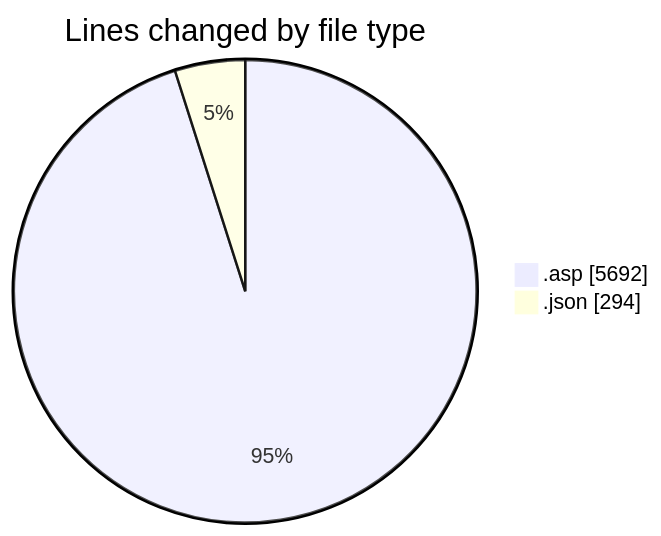
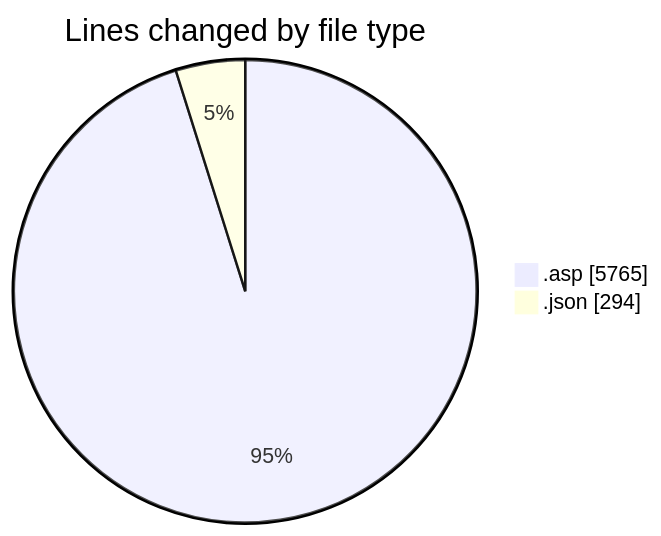
Before and after one commit to julien-gomy/code-tracking: the first of 2 diagrams in 2025-10-27/usr_aleoudev_fr__workspace_/README.md, drawn with Mermaid. The commit also changed other lines of this file and 1 other file, not shown here.

````diff
--- a/2025-10-27/usr_aleoudev_fr__workspace_/README.md
+++ b/2025-10-27/usr_aleoudev_fr__workspace_/README.md
@@ -27,6 +27,6 @@
 ```mermaid
 pie showData
 title Lines changed by file type
-".asp" : 5692
+".asp" : 5765
 ".json" : 294
 ```
````
